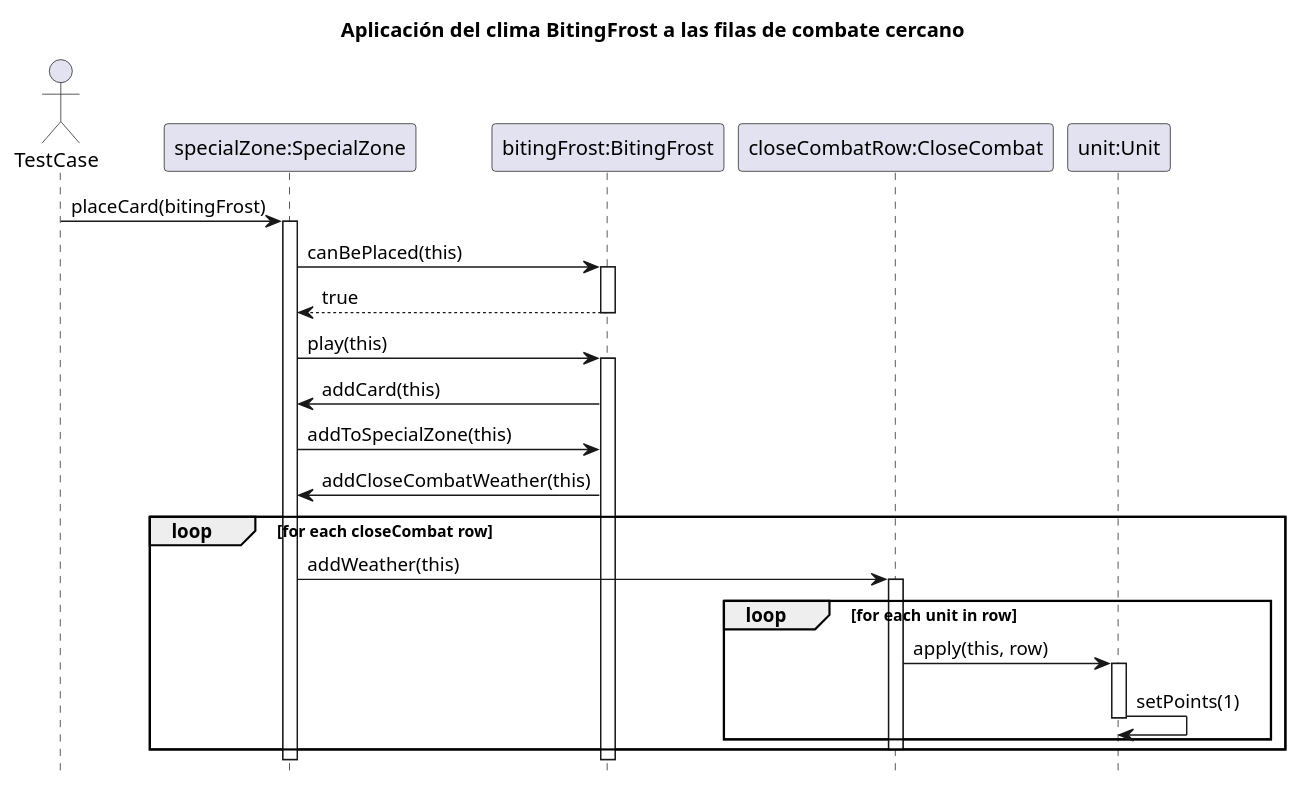
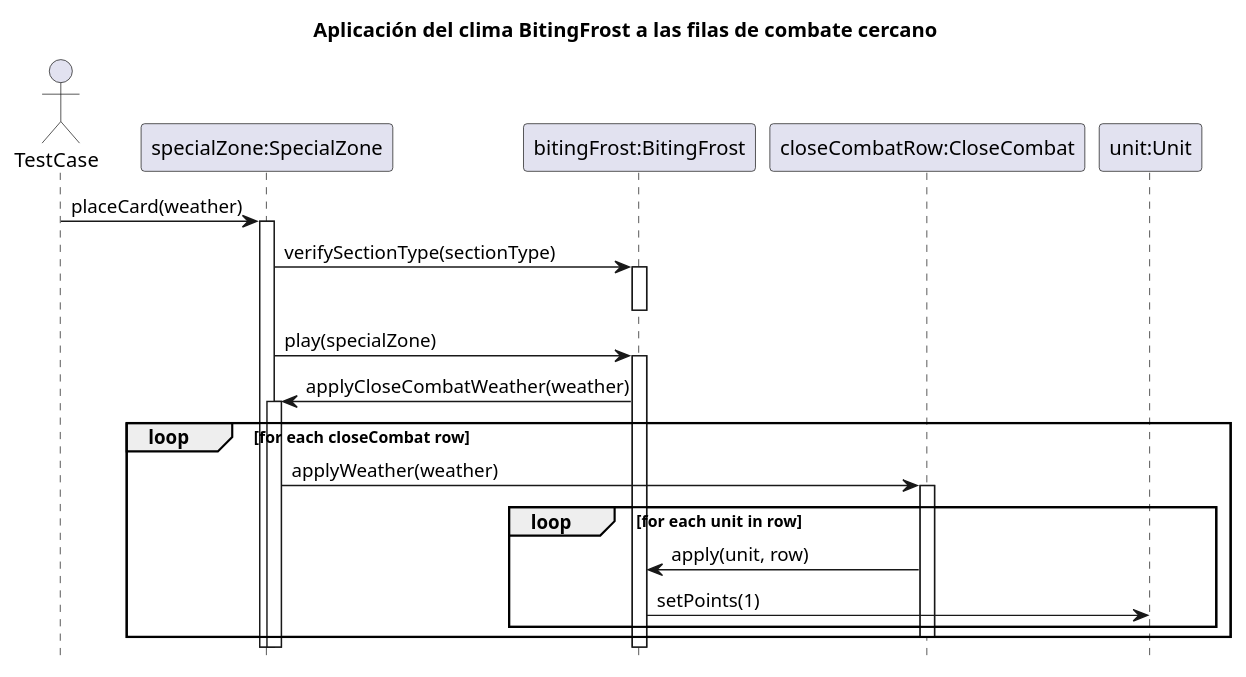
One commit to Yonhir/algo3_proyecto_base_tp2 changed the diagram in diagrams/sequences/AplicarClima.plantuml. Above: the diagram before and after it, drawn with PlantUML. The commit also changed 45 other files, not shown here.

Commit message:
Issue-25 - Profe Request: Crear SectionType. Añadirlo en Card, Row and SpeciaZone. (#37)

```diff
--- a/diagrams/sequences/AplicarClima.plantuml
+++ b/diagrams/sequences/AplicarClima.plantuml
@@ -1,46 +1,35 @@
 @startuml
 
 hide footbox
 title Aplicación del clima BitingFrost a las filas de combate cercano
 
 actor TestCase
 
-participant "specialZone:SpecialZone" as SpecialZone
-participant "bitingFrost:BitingFrost" as Weather
-participant "closeCombatRow:CloseCombat" as Row
-participant "unit:Unit" as Unit
+participant "specialZone:SpecialZone" as specialZone
+participant "bitingFrost:BitingFrost" as weather
+participant "closeCombatRow:CloseCombat" as row
+participant "unit:Unit" as unit
 
-TestCase -> SpecialZone: placeCard(bitingFrost)
-activate SpecialZone
-
-SpecialZone -> Weather: canBePlaced(this)
-activate Weather
-Weather --> SpecialZone: true
-deactivate Weather
-
-SpecialZone -> Weather: play(this)
-activate Weather
-
-Weather -> SpecialZone: addCard(this)
-
-SpecialZone -> Weather: addToSpecialZone(this)
-Weather -> SpecialZone: addCloseCombatWeather(this)
-
-loop for each closeCombat row
-    SpecialZone -> Row: addWeather(this)
-    activate Row
-    
-    loop for each unit in row
-        Row -> Unit: apply(this, row)
-        activate Unit
-        Unit -> Unit: setPoints(1)
-        deactivate Unit
-    end
-    
-    deactivate Row
-end
-
-deactivate Weather
-deactivate SpecialZone
+TestCase -> specialZone: placeCard(weather)
+    activate specialZone
+    specialZone -> weather: verifySectionType(sectionType)
+        activate weather
+        deactivate weather
+    specialZone -> weather: play(specialZone)
+        activate weather
+        weather -> specialZone: applyCloseCombatWeather(weather)
+            activate specialZone
+            loop for each closeCombat row
+                specialZone -> row: applyWeather(weather)
+                    activate row
+                    loop for each unit in row
+                        row -> weather: apply(unit, row)
+                            weather -> unit: setPoints(1)
+                    end
+                    deactivate row
+            end
+            deactivate specialZone
+        deactivate weather
+    deactivate specialZone
 
 @enduml 
```
